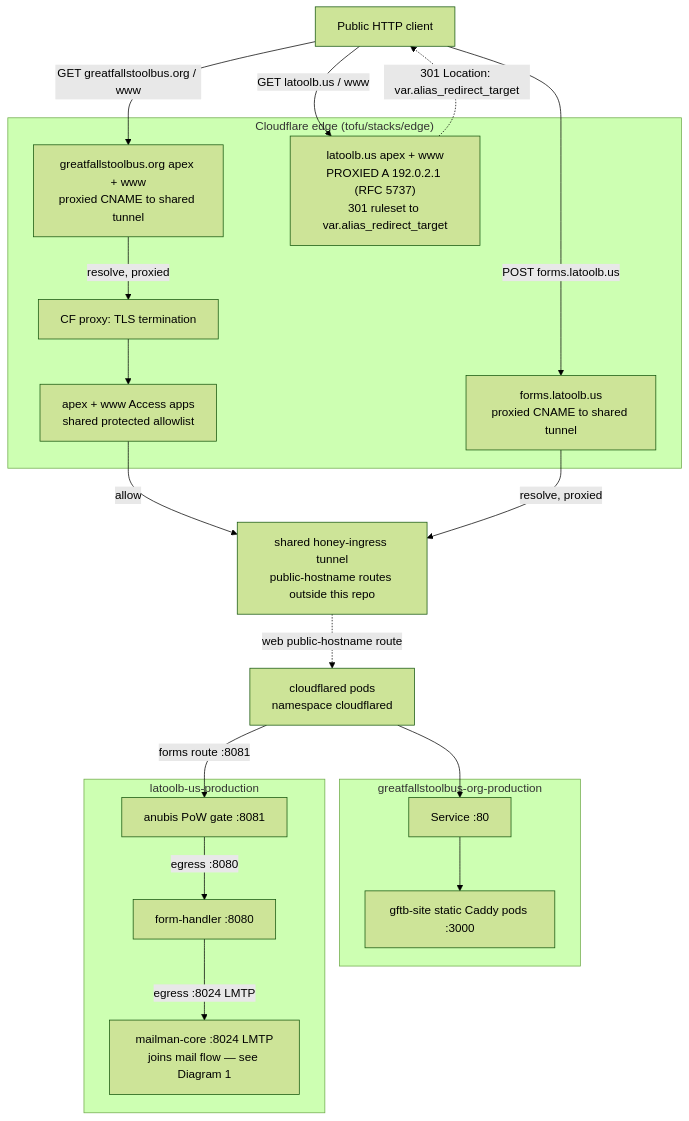
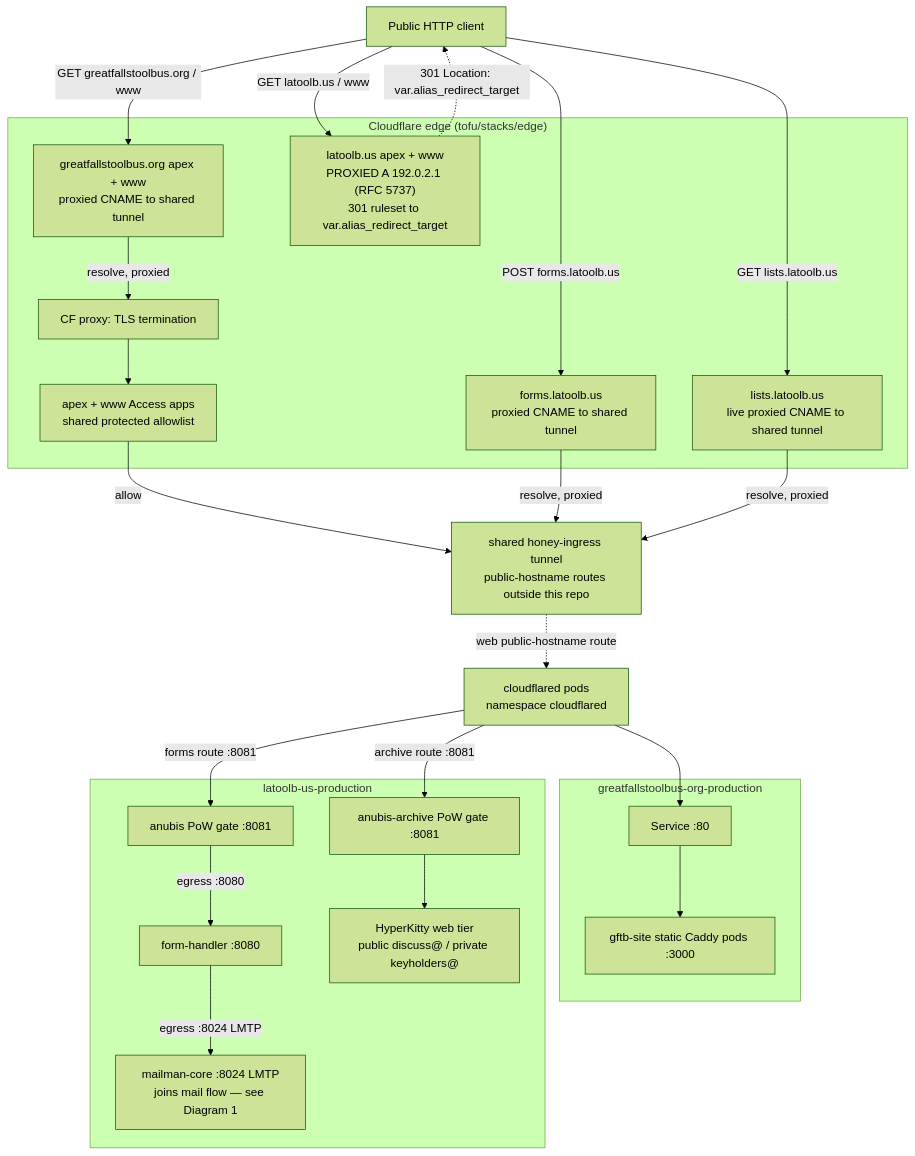
Before and after one commit to Great-Falls-Tool-Bus/great-falls-tool-bus-infra: the fifth of 5 diagrams in docs/architecture/diagrams.md, drawn with Mermaid (forest theme). The commit also changed other lines of this file and 4 other files, not shown here.

````diff
--- a/docs/architecture/diagrams.md
+++ b/docs/architecture/diagrams.md
@@ -225,42 +229,50 @@
 ```mermaid
 flowchart TD
     client["Public HTTP client"]
 
     subgraph cf["Cloudflare edge (tofu/stacks/edge)"]
         webdns["greatfallstoolbus.org apex + www<br/>proxied CNAME to shared tunnel"]
         proxy["CF proxy: TLS termination"]
         access["apex + www Access apps<br/>shared protected allowlist"]
         formsdns["forms.latoolb.us<br/>proxied CNAME to shared tunnel"]
+        listsdns["lists.latoolb.us<br/>live proxied CNAME to shared tunnel"]
         aliasdns["latoolb.us apex + www<br/>PROXIED A 192.0.2.1 (RFC 5737)<br/>301 ruleset to var.alias_redirect_target"]
     end
 
     tunnel["shared honey-ingress tunnel<br/>public-hostname routes outside this repo"]
     cfd["cloudflared pods<br/>namespace cloudflared"]
 
     subgraph webcluster["greatfallstoolbus-org-production"]
         websvc["Service :80"]
         web["gftb-site static Caddy pods :3000"]
     end
 
     subgraph formcluster["latoolb-us-production"]
         anubis["anubis PoW gate :8081"]
         fh["form-handler :8080"]
         mmc["mailman-core :8024 LMTP<br/>joins mail flow — see Diagram 1"]
+        anubisarchive["anubis-archive PoW gate :8081"]
+        hyperkitty["HyperKitty web tier<br/>public discuss@ / private keyholders@"]
     end
 
     client -->|"GET greatfallstoolbus.org / www"| webdns
     webdns -->|"resolve, proxied"| proxy
     proxy --> access
     access -->|"allow"| tunnel
     tunnel -.->|"web public-hostname route"| cfd
     cfd --> websvc --> web
 
     client -->|"POST forms.latoolb.us"| formsdns
     formsdns -->|"resolve, proxied"| tunnel
     cfd -->|"forms route :8081"| anubis
     anubis -->|"egress :8080"| fh
     fh -->|"egress :8024 LMTP"| mmc
 
+    client -->|"GET lists.latoolb.us"| listsdns
+    listsdns -->|"resolve, proxied"| tunnel
+    cfd -->|"archive route :8081"| anubisarchive
+    anubisarchive --> hyperkitty
+
     client -->|"GET latoolb.us / www"| aliasdns
     aliasdns -.->|"301 Location: var.alias_redirect_target"| client
 ```
````
